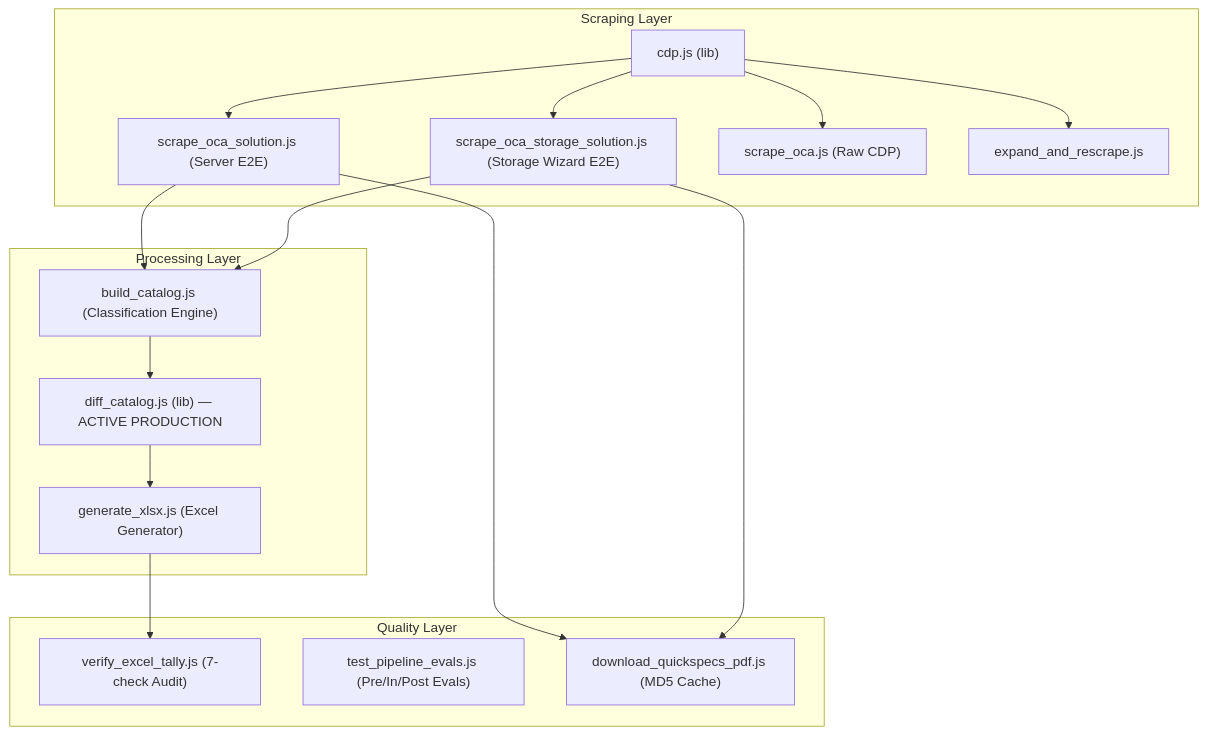
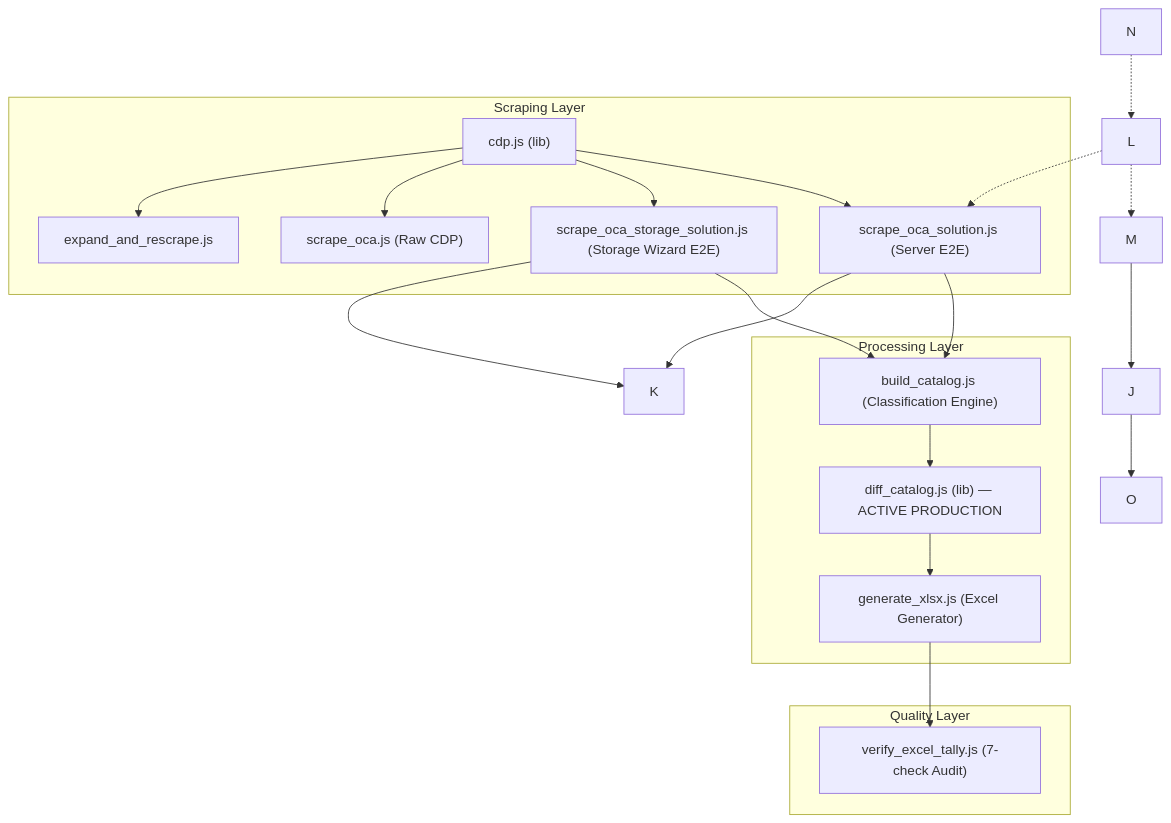
Before and after one commit to vinodhsubramanian123/vendorscrappingtoexcel: the diagram in .agents/AGENTS.md, drawn with Mermaid. The commit also changed other lines of this file and 39 other files, not shown here.

````diff
--- a/.agents/AGENTS.md
+++ b/.agents/AGENTS.md
@@ -317,29 +317,32 @@
 ```mermaid
 graph TD
     subgraph "Scraping Layer"
         A["cdp.js (lib)"] --> B["scrape_oca_solution.js (Server E2E)"]
         A --> C["scrape_oca_storage_solution.js (Storage Wizard E2E)"]
         A --> D["scrape_oca.js (Raw CDP)"]
         A --> E["expand_and_rescrape.js"]
     end
 
     subgraph "Processing Layer"
         F["build_catalog.js (Classification Engine)"]
         G["diff_catalog.js (lib) — ACTIVE PRODUCTION"]
         H["generate_xlsx.js (Excel Generator)"]
     end
 
     subgraph "Quality Layer"
         I["verify_excel_tally.js (7-check Audit)"]
-        J["test_pipeline_evals.js (Pre/In/Post Evals)"]
-        K["download_quickspecs_pdf.js (MD5 Cache)"]
     end
 
     B --> F
     C --> F
     F --> G
     G --> H
     H --> I
     B --> K
     C --> K
+    L -.-> B
+    L -.-> M
+    M --> J
+    J --> O
+    N -.-> L
 ```
````
